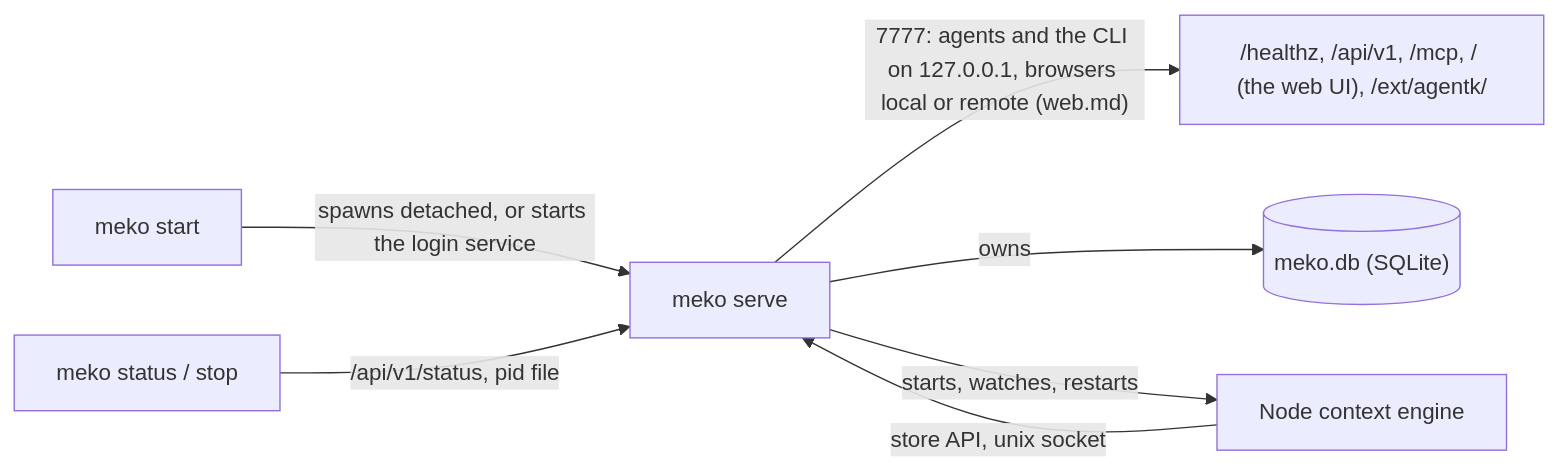
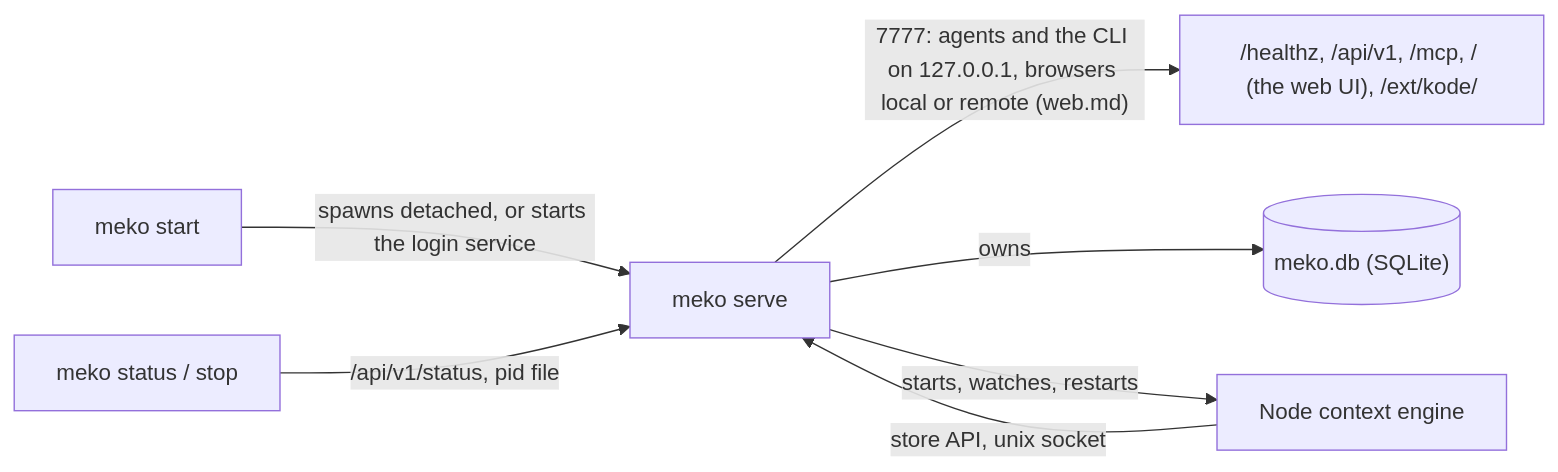
One commit to yugabyte/meko changed the diagram in src/meko/docs/design.md. Above: the diagram before and after it, drawn with Mermaid. The commit also changed other lines of this file and 435 other files, not shown here.

````diff
--- a/src/meko/docs/design.md
+++ b/src/meko/docs/design.md
@@ -29,9 +29,9 @@
 ```mermaid
 flowchart LR
   cli["meko start"] -->|"spawns detached, or starts the login service"| serve["meko serve"]
-  serve -->|"7777: agents and the CLI on 127.0.0.1, browsers local or remote (web.md)"| web["/healthz, /api/v1, /mcp, / (the web UI), /ext/agentk/"]
+  serve -->|"7777: agents and the CLI on 127.0.0.1, browsers local or remote (web.md)"| web["/healthz, /api/v1, /mcp, / (the web UI), /ext/kode/"]
   serve -->|"owns"| db[("meko.db (SQLite)")]
   serve -->|"starts, watches, restarts"| context_engine["Node context engine"]
   context_engine -->|"store API, unix socket"| serve
   status["meko status / stop"] -->|"/api/v1/status, pid file"| serve
 ```
````
